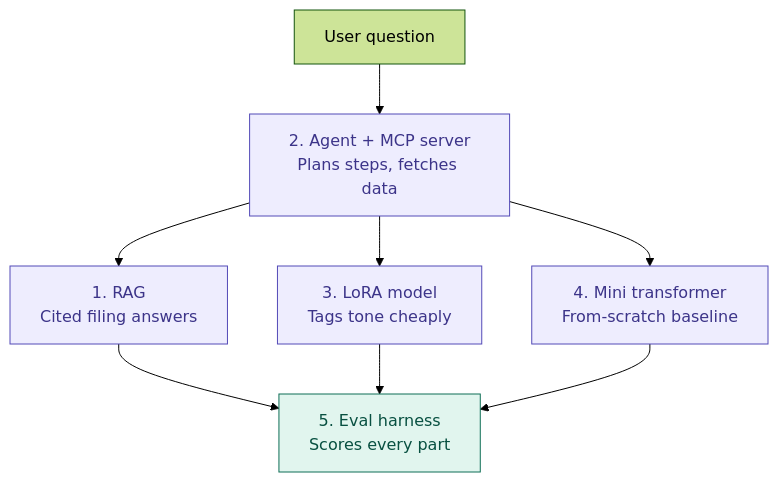
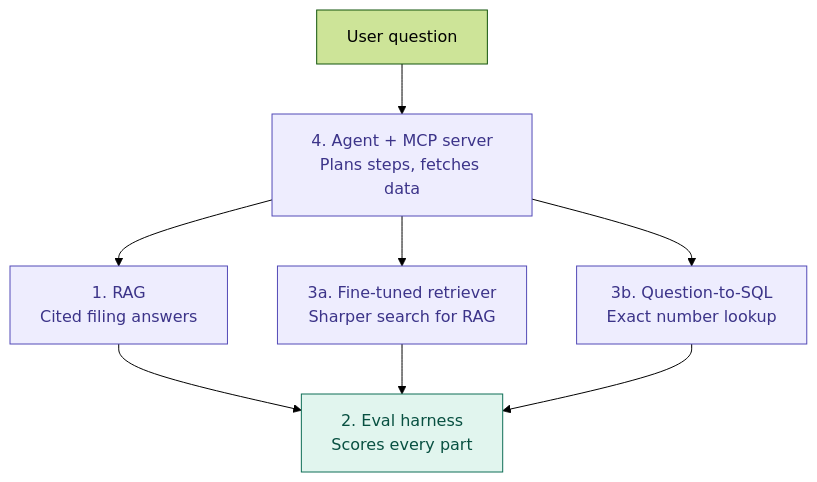
One commit to saeedashrraf/earning-analysis changed the diagram in README.md. Above: the diagram before and after it, drawn with Mermaid (forest theme).

Commit message:
Match architecture diagram to the current parts

````diff
--- a/README.md
+++ b/README.md
@@ -9,15 +9,15 @@
 ```mermaid
 flowchart TD
-    Q[User question] --> A["2. Agent + MCP server<br/>Plans steps, fetches data"]
+    Q[User question] --> A["4. Agent + MCP server<br/>Plans steps, fetches data"]
     A --> R["1. RAG<br/>Cited filing answers"]
-    A --> L["3. LoRA model<br/>Tags tone cheaply"]
-    A --> M["4. Mini transformer<br/>From-scratch baseline"]
-    R --> E["5. Eval harness<br/>Scores every part"]
+    A --> L["3a. Fine-tuned retriever<br/>Sharper search for RAG"]
+    A --> M["3b. Question-to-SQL<br/>Exact number lookup"]
+    R --> E["2. Eval harness<br/>Scores every part"]
     L --> E
     M --> E
 
     classDef product fill:#EEEDFE,stroke:#534AB7,color:#3C3489
     classDef measure fill:#E1F5EE,stroke:#0F6E56,color:#085041
     class A,R,L,M product
     class E measure
 ```
````
